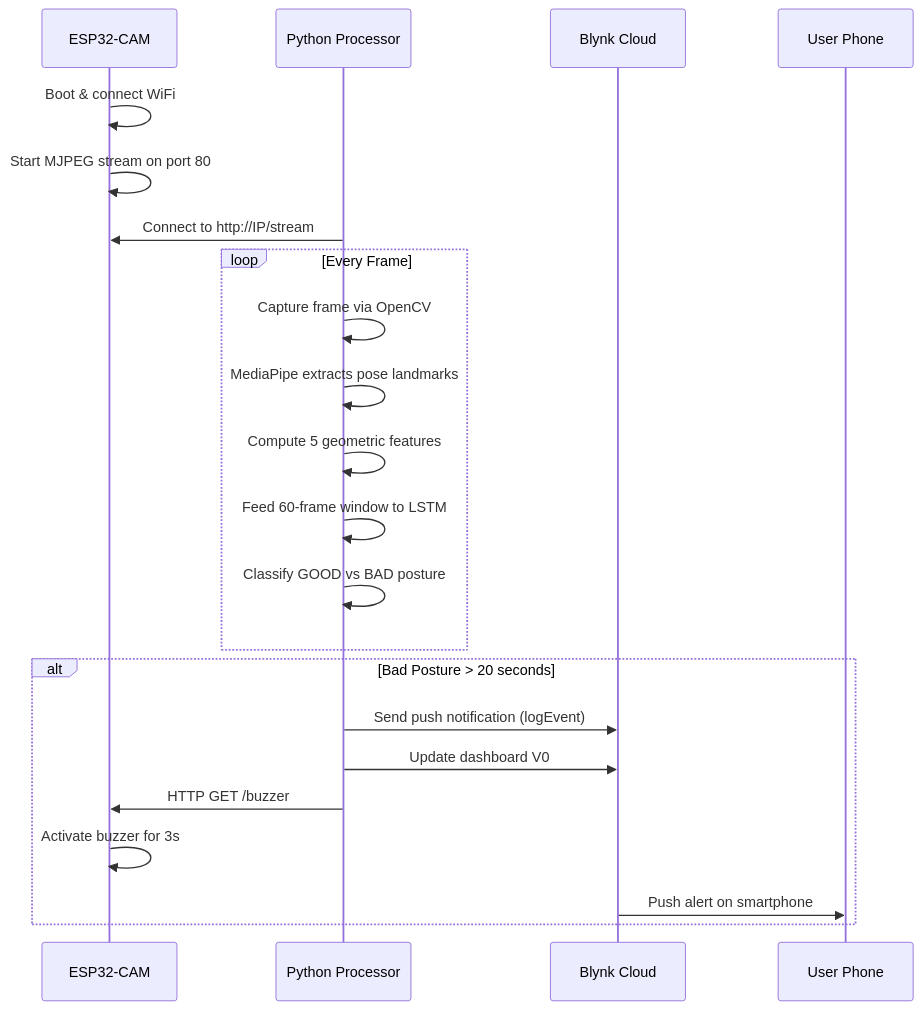
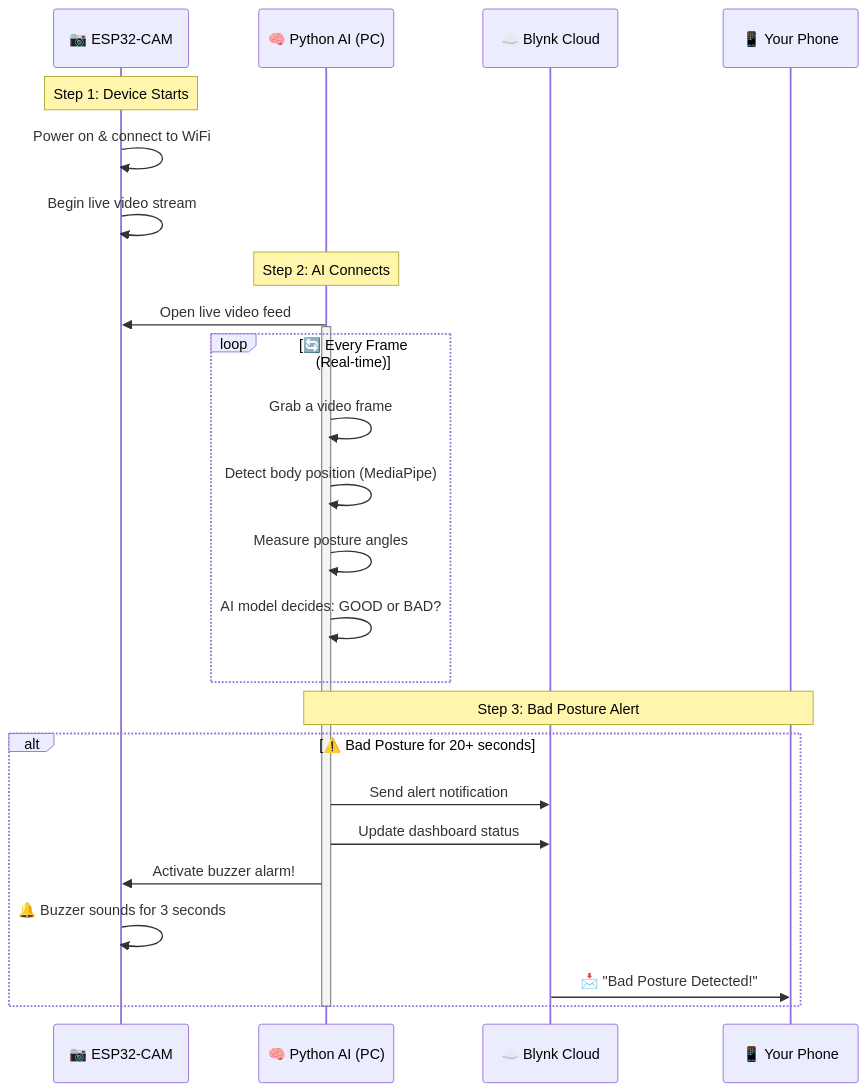
The second of 3 diagrams in README.md (Fatin007/Sitting_Posture_Detection), drawn with Mermaid before and after one commit.

````diff
--- a/README.md
+++ b/README.md
@@ -76,27 +76,33 @@
 ```mermaid
 sequenceDiagram
-    participant ESP32 as ESP32-CAM
-    participant PC as Python Processor
-    participant Blynk as Blynk Cloud
-    participant User as User Phone
+    participant CAM as 📷 ESP32-CAM
+    participant AI as 🧠 Python AI (PC)
+    participant CLOUD as ☁️ Blynk Cloud
+    participant PHONE as 📱 Your Phone
 
-    ESP32->>ESP32: Boot & connect WiFi
-    ESP32->>ESP32: Start MJPEG stream on port 80
+    Note over CAM: Step 1: Device Starts
+    CAM->>CAM: Power on & connect to WiFi
+    CAM->>CAM: Begin live video stream
 
-    PC->>ESP32: Connect to http://IP/stream
-    loop Every Frame
-        PC->>PC: Capture frame via OpenCV
-        PC->>PC: MediaPipe extracts pose landmarks
-        PC->>PC: Compute 5 geometric features
-        PC->>PC: Feed 60-frame window to LSTM
-        PC->>PC: Classify GOOD vs BAD posture
+    Note over AI: Step 2: AI Connects
+    AI->>CAM: Open live video feed
+    activate AI
+
+    loop 🔄 Every Frame (Real-time)
+        AI->>AI: Grab a video frame
+        AI->>AI: Detect body position (MediaPipe)
+        AI->>AI: Measure posture angles
+        AI->>AI: AI model decides: GOOD or BAD?
     end
 
-    alt Bad Posture > 20 seconds
-        PC->>Blynk: Send push notification (logEvent)
-        PC->>Blynk: Update dashboard V0
-        PC->>ESP32: HTTP GET /buzzer
-        ESP32->>ESP32: Activate buzzer for 3s
-        Blynk->>User: Push alert on smartphone
+    Note over AI,PHONE: Step 3: Bad Posture Alert
+    alt ⚠️ Bad Posture for 20+ seconds
+        AI->>CLOUD: Send alert notification
+        AI->>CLOUD: Update dashboard status
+        AI->>CAM: Activate buzzer alarm!
+        CAM->>CAM: 🔔 Buzzer sounds for 3 seconds
+        CLOUD->>PHONE: 📩 "Bad Posture Detected!"
     end
+
+    deactivate AI
 ```
````
